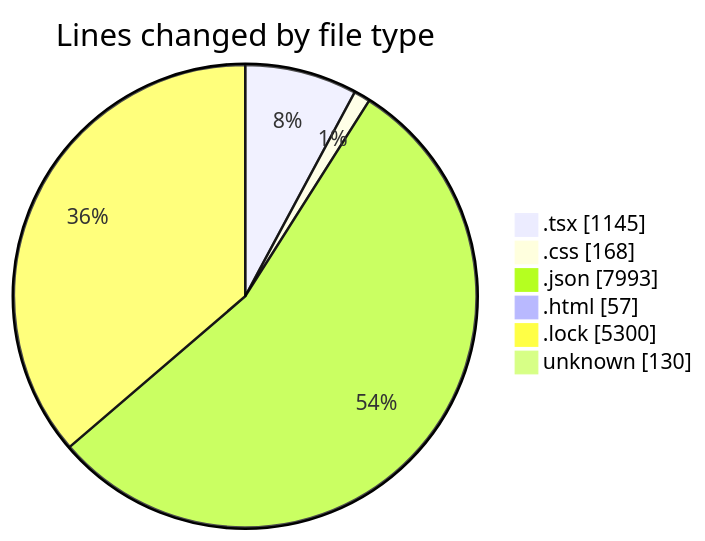
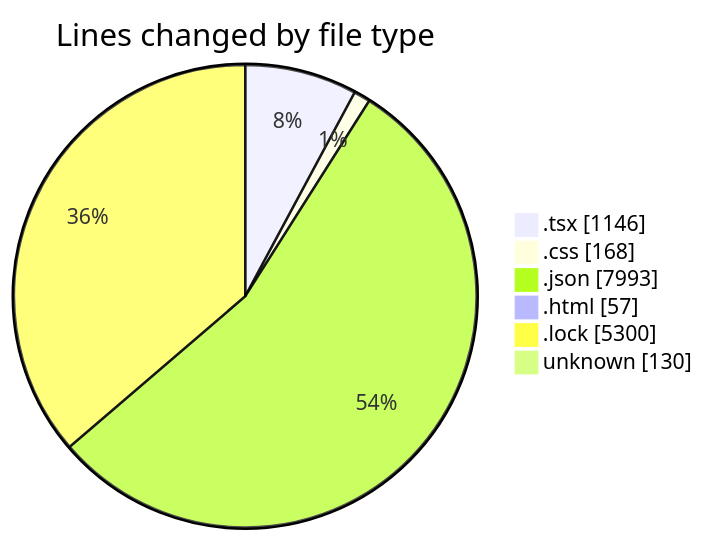
One commit to EIIisD/code-tracking changed the first of 2 diagrams in 2025-08-12/ribbon/README.md. Above: the diagram before and after it, drawn with Mermaid. The commit also changed other lines of this file and 1 other file, not shown here.

````diff
--- a/2025-08-12/ribbon/README.md
+++ b/2025-08-12/ribbon/README.md
@@ -34,10 +34,10 @@
 ```mermaid
 pie showData
 title Lines changed by file type
-".tsx" : 1145
+".tsx" : 1146
 ".css" : 168
 ".json" : 7993
 ".html" : 57
 ".lock" : 5300
 "unknown" : 130
 ```
````
